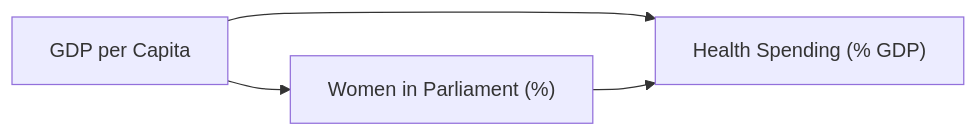
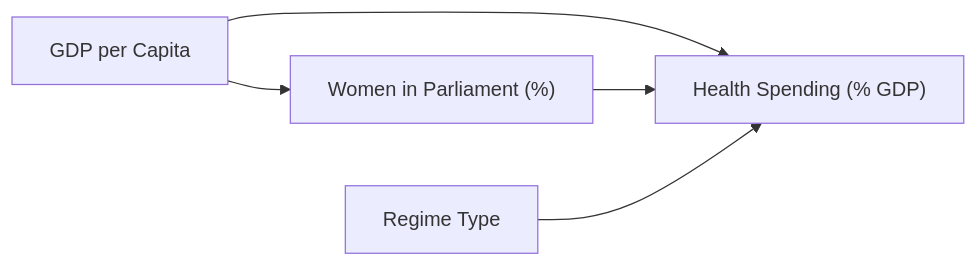
One commit to qmir-2026/qmir-2026-website changed the diagram in lab/week9_lab.qmd. Above: the diagram before and after it, drawn with Mermaid. The commit also changed other lines of this file and 1 other file, not shown here.

````diff
--- a/lab/week9_lab.qmd
+++ b/lab/week9_lab.qmd
@@ -53,6 +53,7 @@
 ```{mermaid}
 graph LR
   GDP["GDP per Capita"] --> WP["Women in Parliament (%)"]
   GDP --> HS["Health Spending (% GDP)"]
   WP --> HS
+  RT["Regime Type"] --> HS
 ```
````
